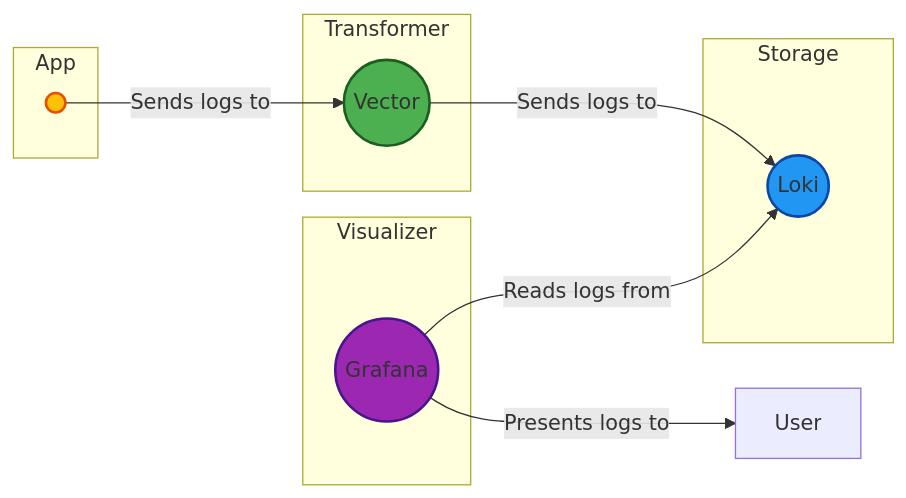
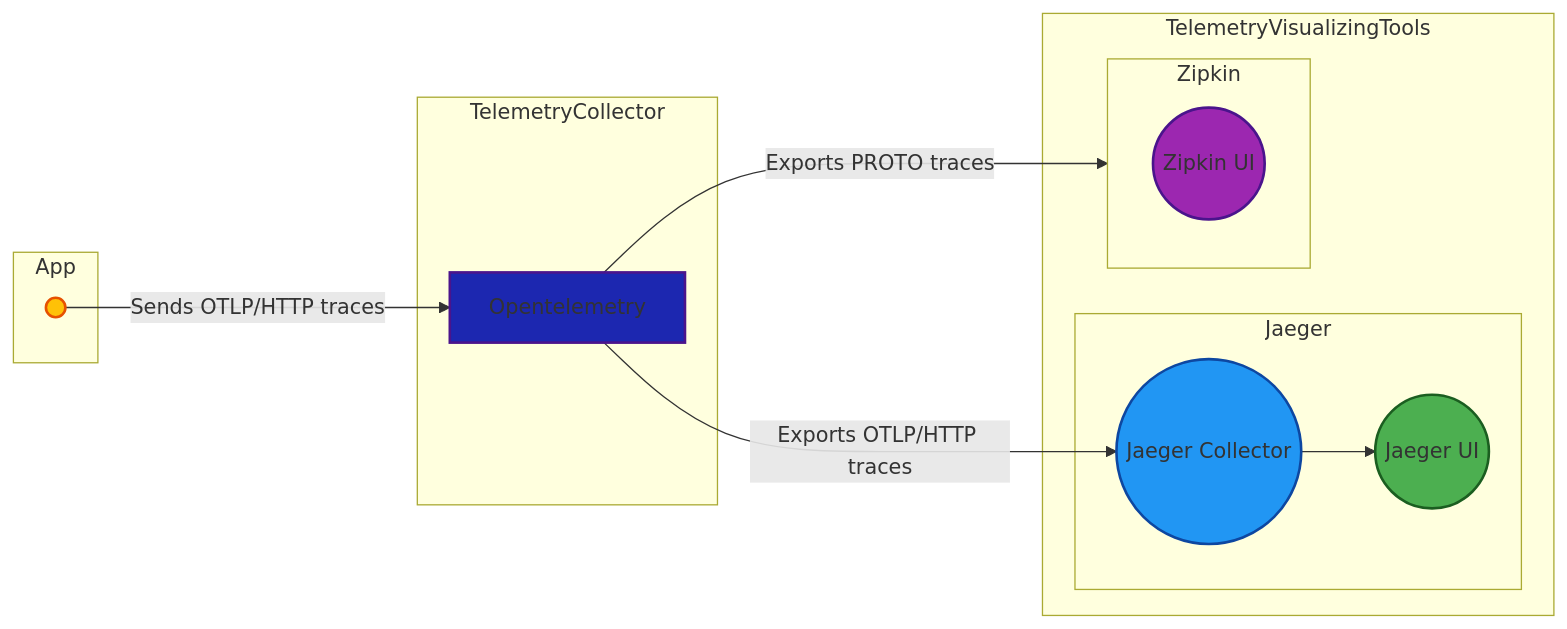
The diagram in .bunnyshell/templates/jaeger-zipkin-opentelemetry/README.md (maksimmuravev/bunnyshell-all-in-toolset), drawn with Mermaid before and after one commit. The commit also changed 1 other file, not shown here.

Commit message:
Refactor telemetry stack visualization in READMEs

````diff
--- a/.bunnyshell/templates/jaeger-zipkin-opentelemetry/README.md
+++ b/.bunnyshell/templates/jaeger-zipkin-opentelemetry/README.md
@@ -11,29 +11,36 @@
 ```mermaid
 graph LR
 
-style A fill:#FFC107, stroke:#E65100, stroke-width:2px;
-style B fill:#4CAF50, stroke:#1B5E20, stroke-width:2px;
-style C fill:#2196F3, stroke:#0D47A1, stroke-width:2px;
-style D fill:#9C27B0, stroke:#4A148C, stroke-width:2px;
+style A fill:#FFC107,stroke:#E65100,stroke-width:2px;
+style B fill:#4CAF50,stroke:#1B5E20,stroke-width:2px;
+style C fill:#2196F3,stroke:#0D47A1,stroke-width:2px;
+style D fill:#9C27B0,stroke:#4A148C,stroke-width:2px;
+style Opentelemetry fill:#1C27B0,stroke:#4A148C,stroke-width:2px;
 
 subgraph App
     A(( ))
 end
 
-subgraph "Transformer"
-    B(( Vector ))
+subgraph Jaeger
+    B((Jaeger UI))
+    C((Jaeger Collector))
 end
 
-subgraph Storage
-    C(( Loki ))
+subgraph Zipkin
+    D((Zipkin UI))
 end
 
-subgraph Visualizer
-    D(( Grafana ))
+subgraph TelemetryVisualizingTools
+    Jaeger
+    Zipkin
 end
 
-A -->|Sends logs to| B
-B -->|Sends logs to| C
-D -->|Reads logs from| C
-D -->|Presents logs to| User
+subgraph TelemetryCollector
+    Opentelemetry
+end
+
+A -- Sends OTLP/HTTP traces --> Opentelemetry
+Opentelemetry -- Exports PROTO traces  --> Zipkin
+Opentelemetry -- Exports OTLP/HTTP traces --> C
+C --> B
 ```
````
